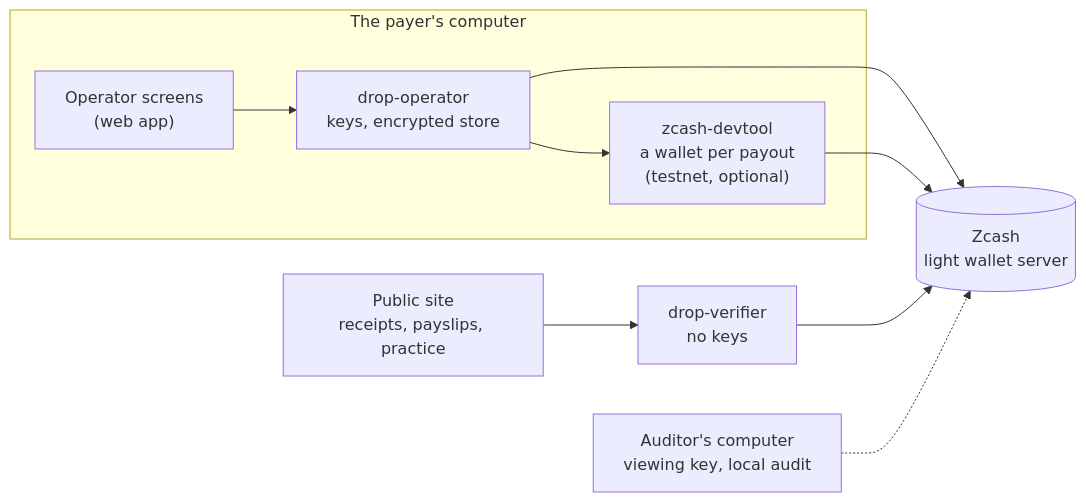
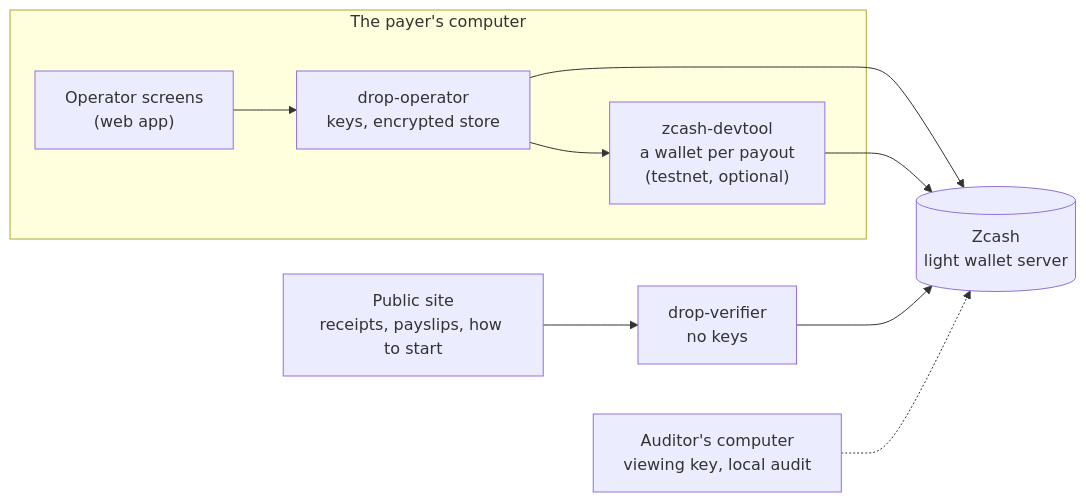
The second of 2 diagrams in README.md (emperorsixpacks/zecdrop), drawn with Mermaid before and after one commit. The commit also changed other lines of this file and 10 other files, not shown here.

````diff
--- a/README.md
+++ b/README.md
@@ -131,12 +134,12 @@
 ```mermaid
 flowchart LR
     subgraph yours["The payer's computer"]
         ui["Operator screens<br/>(web app)"] --> op["drop-operator<br/>keys, encrypted store"]
         op --> inbox["zcash-devtool<br/>a wallet per payout<br/>(testnet, optional)"]
     end
     op --> node[("Zcash<br/>light wallet server")]
     inbox --> node
-    site["Public site<br/>receipts, payslips, practice"] --> ver["drop-verifier<br/>no keys"]
+    site["Public site<br/>receipts, payslips, how to start"] --> ver["drop-verifier<br/>no keys"]
     ver --> node
     aud["Auditor's computer<br/>viewing key, local audit"] -.-> node
 ```
````
